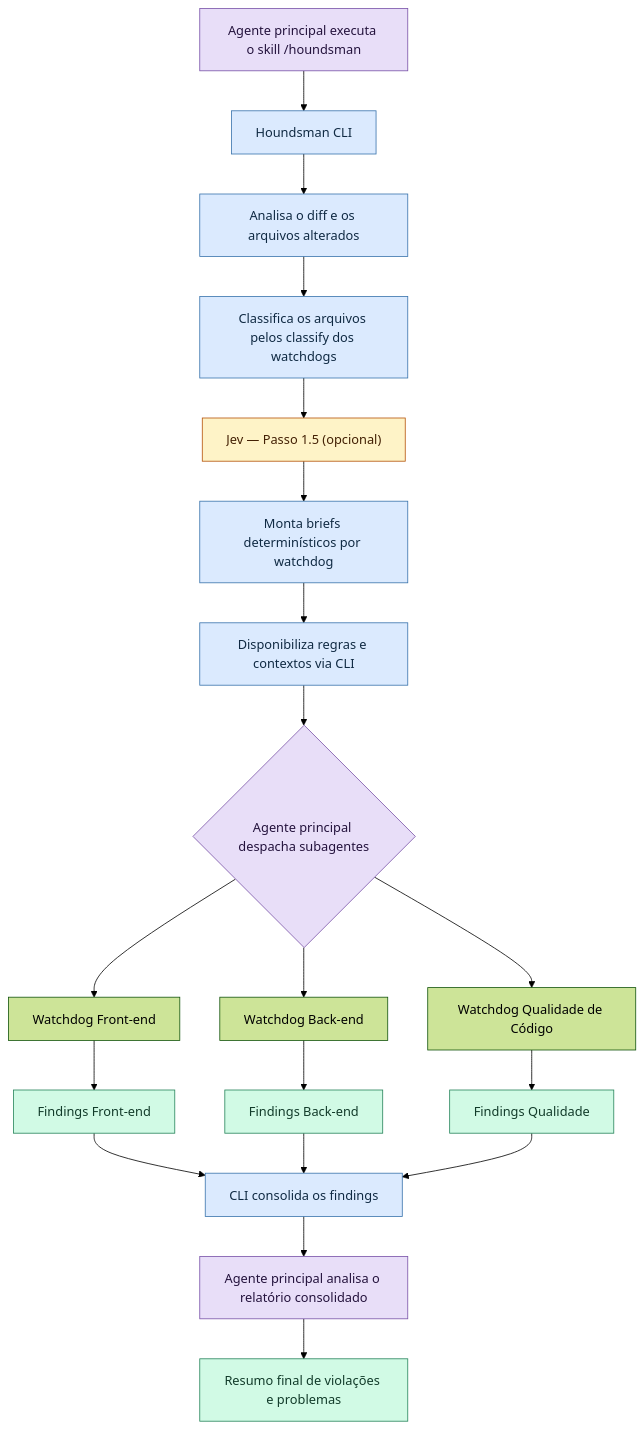
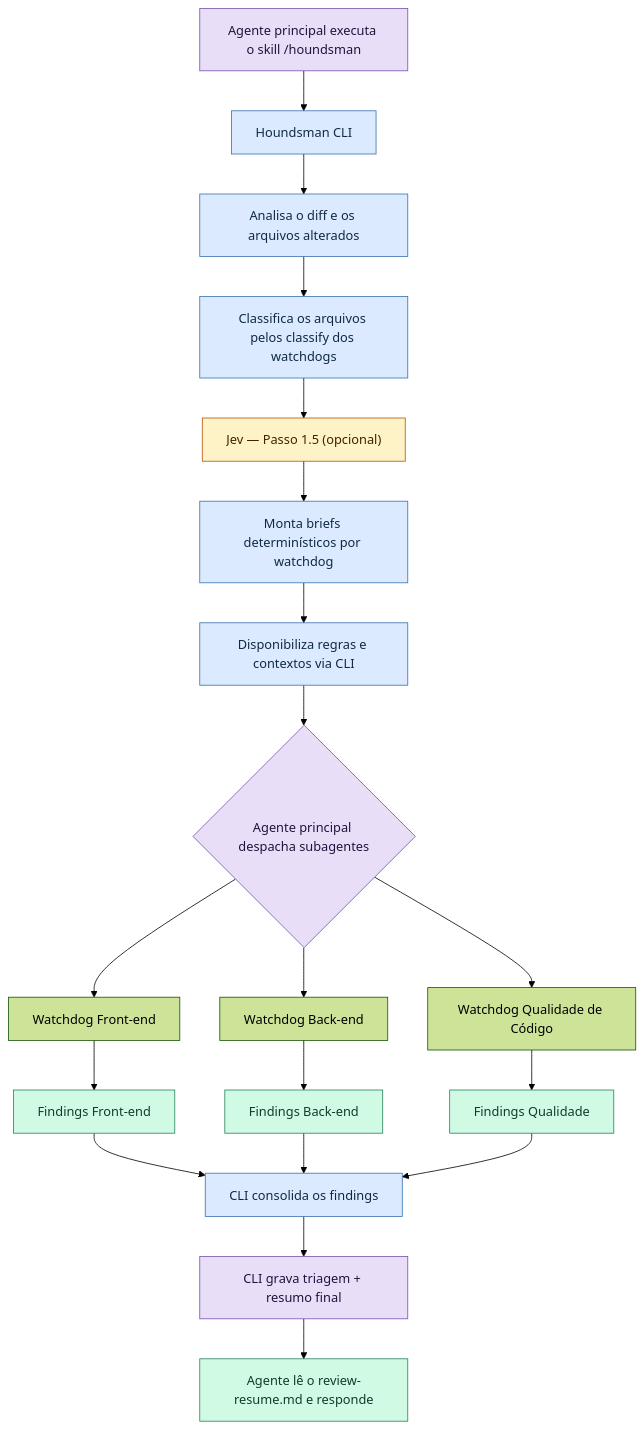
Before and after one commit to payconductor-ai/houndsman: the first of 2 diagrams in docs/AVANCADO.md, drawn with Mermaid (forest theme). The commit also changed other lines of this file and 35 other files, not shown here.

First line of the commit message:
refactor: rename review.md to review-resume.md and update related references

````diff
--- a/docs/AVANCADO.md
+++ b/docs/AVANCADO.md
@@ -15,36 +15,36 @@
 ```mermaid
 flowchart TD
     A["Agente principal executa o skill /houndsman"]
     A --> B["Houndsman CLI"]
     B --> C["Analisa o diff e os arquivos alterados"]
     C --> D["Classifica os arquivos pelos classify dos watchdogs"]
     D --> JV["Jev — Passo 1.5 (opcional)"]
     JV --> E["Monta briefs determinísticos por watchdog"]
     E --> F["Disponibiliza regras e contextos via CLI"]
 
     F --> G{"Agente principal despacha subagentes"}
     G --> H["Watchdog Front-end"]
     G --> I["Watchdog Back-end"]
     G --> Q["Watchdog Qualidade de Código"]
 
     H --> K["Findings Front-end"]
     I --> L["Findings Back-end"]
     Q --> M["Findings Qualidade"]
 
     K --> N["CLI consolida os findings"]
     L --> N
     M --> N
 
-    N --> O["Agente principal analisa o relatório consolidado"]
-    O --> P["Resumo final de violações e problemas"]
+    N --> O["CLI grava triagem + resumo final"]
+    O --> P["Agente lê o review-resume.md e responde"]
 
     classDef agent fill:#e8def8,stroke:#7952a8,color:#24133d
     classDef cli fill:#dbeafe,stroke:#3973ac,color:#102a43
     classDef result fill:#d1fae5,stroke:#27845b,color:#123b2a
     classDef jev fill:#fef3c7,stroke:#b45309,color:#432004
 
     class A,G,O agent
     class B,C,D,E,F,N cli
     class JV jev
     class K,L,M,P result
 ```
````
